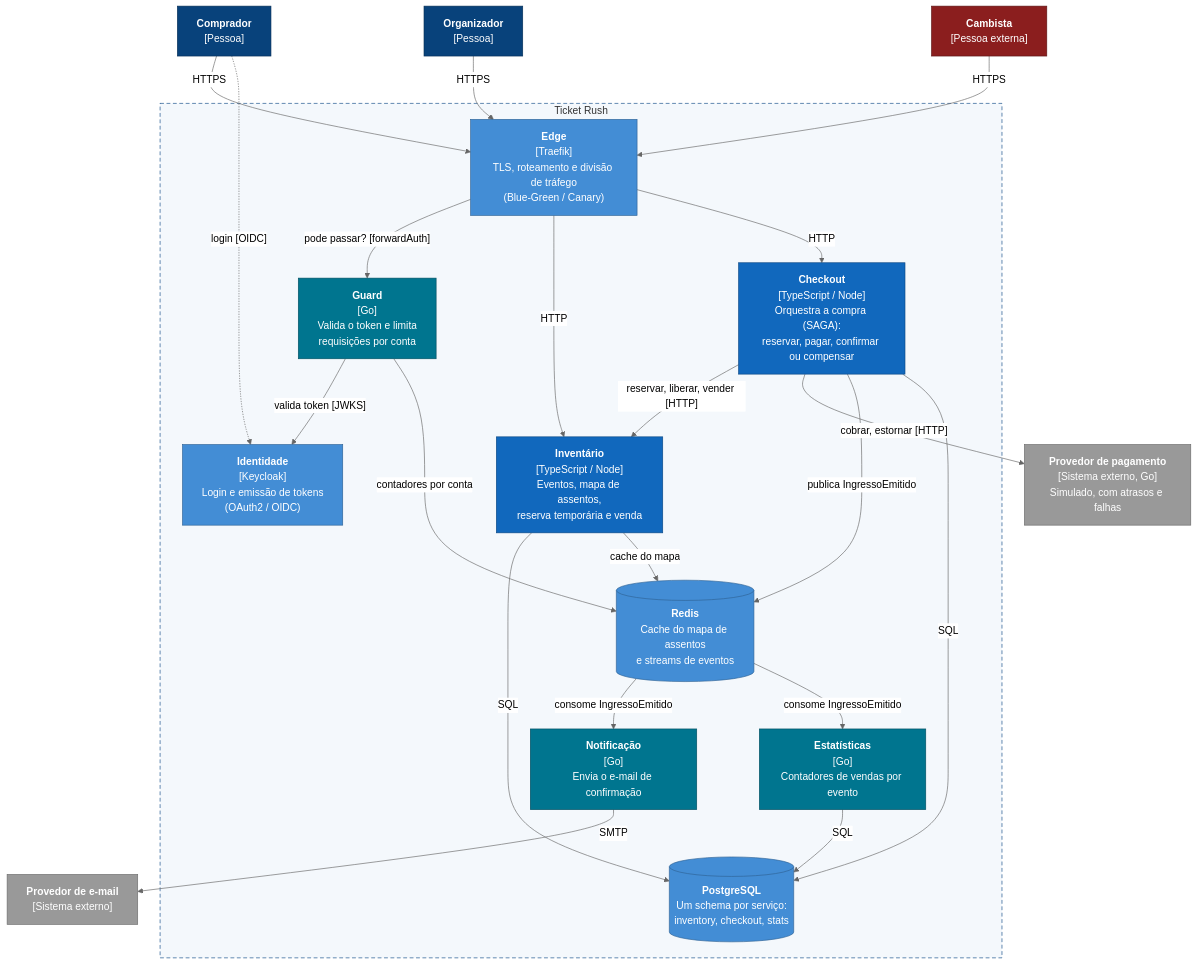
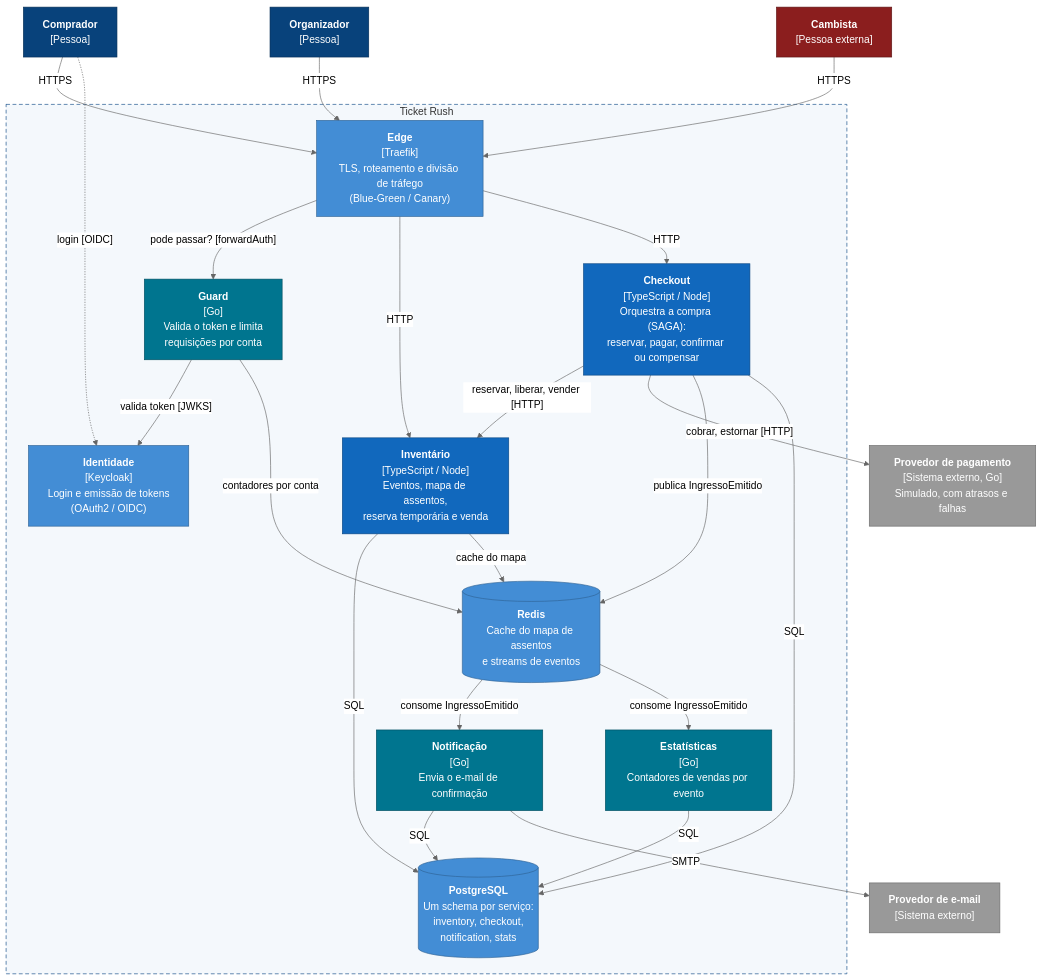
The diagram in README.md (johancarloss/ticket-rush), drawn with Mermaid (neutral theme) before and after one commit. The commit also changed 3 other files, not shown here.

Commit message:
docs: give notification its own schema for deduplication

````diff
--- a/README.md
+++ b/README.md
@@ -30,59 +30,60 @@
 ```mermaid
 flowchart TB
   buyer["<b>Comprador</b><br/>[Pessoa]"]
   organizer["<b>Organizador</b><br/>[Pessoa]"]
   scalper["<b>Cambista</b><br/>[Pessoa externa]"]
 
   subgraph tr ["Ticket Rush"]
     traefik["<b>Edge</b><br/>[Traefik]<br/>TLS, roteamento e divisão de tráfego<br/>(Blue-Green / Canary)"]
     guard["<b>Guard</b><br/>[Go]<br/>Valida o token e limita<br/>requisições por conta"]
     keycloak["<b>Identidade</b><br/>[Keycloak]<br/>Login e emissão de tokens<br/>(OAuth2 / OIDC)"]
     inventory["<b>Inventário</b><br/>[TypeScript / Node]<br/>Eventos, mapa de assentos,<br/>reserva temporária e venda"]
     checkout["<b>Checkout</b><br/>[TypeScript / Node]<br/>Orquestra a compra (SAGA):<br/>reservar, pagar, confirmar ou compensar"]
     notification["<b>Notificação</b><br/>[Go]<br/>Envia o e-mail de confirmação"]
     stats["<b>Estatísticas</b><br/>[Go]<br/>Contadores de vendas por evento"]
-    postgres[("<b>PostgreSQL</b><br/>Um schema por serviço:<br/>inventory, checkout, stats")]
+    postgres[("<b>PostgreSQL</b><br/>Um schema por serviço:<br/>inventory, checkout,<br/>notification, stats")]
     redis[("<b>Redis</b><br/>Cache do mapa de assentos<br/>e streams de eventos")]
   end
 
   payment["<b>Provedor de pagamento</b><br/>[Sistema externo, Go]<br/>Simulado, com atrasos e falhas"]
   email["<b>Provedor de e-mail</b><br/>[Sistema externo]"]
 
   buyer -- "HTTPS" --> traefik
   organizer -- "HTTPS" --> traefik
   scalper -- "HTTPS" --> traefik
   buyer -. "login [OIDC]" .-> keycloak
 
   traefik -- "pode passar? [forwardAuth]" --> guard
   guard -- "valida token [JWKS]" --> keycloak
   guard -- "contadores por conta" --> redis
   traefik -- "HTTP" --> inventory
   traefik -- "HTTP" --> checkout
 
   checkout -- "reservar, liberar, vender [HTTP]" --> inventory
   checkout -- "cobrar, estornar [HTTP]" --> payment
   checkout -- "publica IngressoEmitido" --> redis
 
   inventory -- "SQL" --> postgres
   inventory -- "cache do mapa" --> redis
   checkout -- "SQL" --> postgres
 
   redis -- "consome IngressoEmitido" --> notification
   redis -- "consome IngressoEmitido" --> stats
   stats -- "SQL" --> postgres
+  notification -- "SQL" --> postgres
   notification -- "SMTP" --> email
 
   classDef person fill:#08427b,stroke:#052e56,color:#fff
   classDef adversary fill:#8b1e1e,stroke:#5c1414,color:#fff
   classDef ts fill:#1168bd,stroke:#0b4884,color:#fff
   classDef go fill:#00758f,stroke:#004f61,color:#fff
   classDef infra fill:#438dd5,stroke:#2e6295,color:#fff
   classDef external fill:#999,stroke:#6b6b6b,color:#fff
   class buyer,organizer person
   class scalper adversary
   class inventory,checkout ts
   class guard,notification,stats go
   class traefik,keycloak,postgres,redis infra
   class payment,email external
   style tr fill:#f4f8fc,stroke:#0b4884,stroke-dasharray: 6 4
 ```
````
